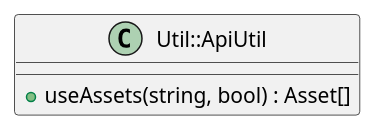
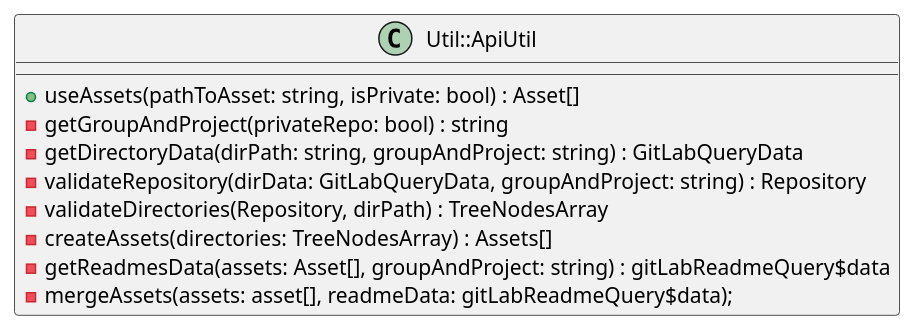
The diagram in docs/diagrams/client/Util/apiUtil.puml (Bachelor-Project-INTO-CPS/DTaaS-Bachelor-new-GUI), drawn with PlantUML before and after one commit. The commit also changed 4 other files, not shown here.

```diff
--- a/docs/diagrams/client/Util/apiUtil.puml
+++ b/docs/diagrams/client/Util/apiUtil.puml
@@ -1,3 +1,11 @@
-class "Util::ApiUtil" as apiUtil{
-  +useAssets(string, bool) : Asset[]
+class "Util::ApiUtil" as apiUtil 
+{
+  + useAssets(pathToAsset: string, isPrivate: bool) : Asset[]
+  - getGroupAndProject(privateRepo: bool) : string
+  - getDirectoryData(dirPath: string, groupAndProject: string) : GitLabQueryData
+  - validateRepository(dirData: GitLabQueryData, groupAndProject: string) : Repository
+  - validateDirectories(Repository, dirPath) : TreeNodesArray
+  - createAssets(directories: TreeNodesArray) : Assets[]
+  - getReadmesData(assets: Asset[], groupAndProject: string) : gitLabReadmeQuery$data
+  - mergeAssets(assets: asset[], readmeData: gitLabReadmeQuery$data);
 }
```
